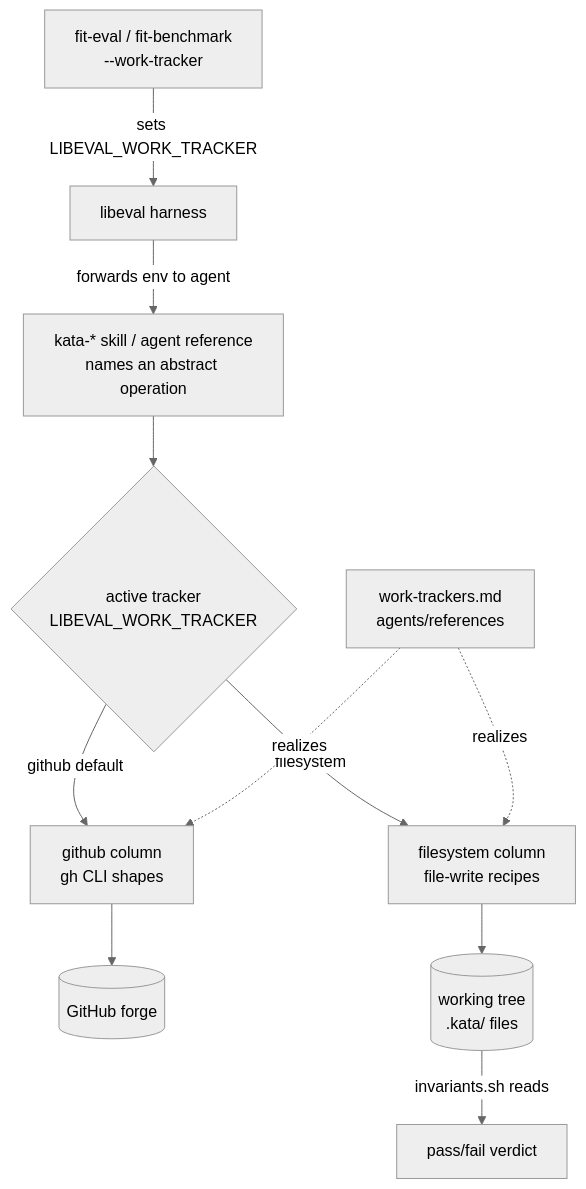
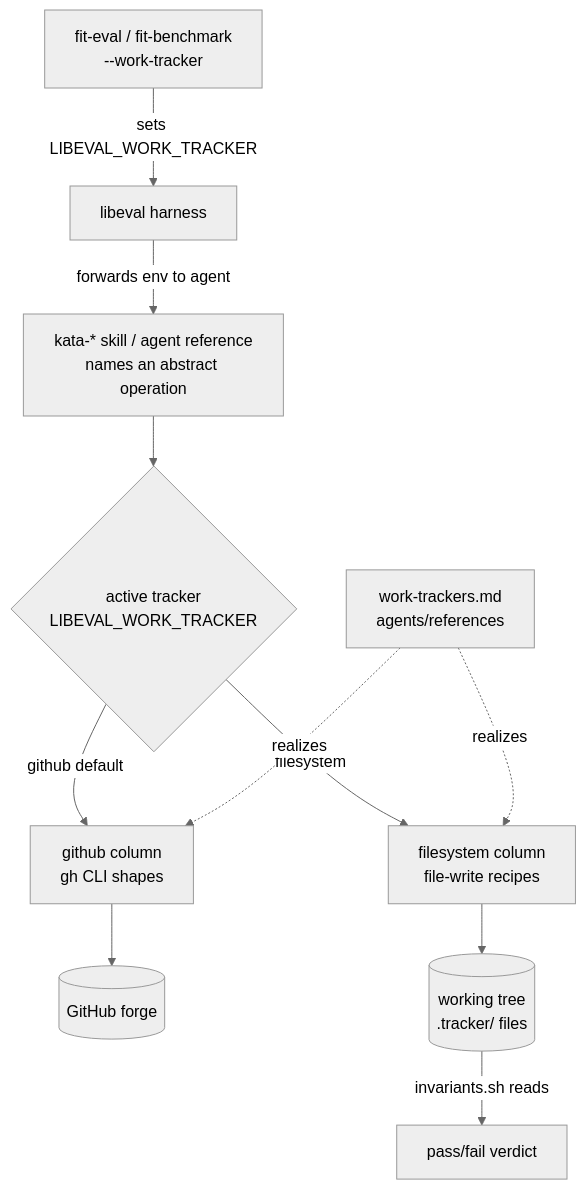
Before and after one commit to forwardimpact/monorepo: the diagram in specs/2090-work-item-provider-abstraction/design-b.md, drawn with Mermaid (neutral theme). The commit also changed other lines of this file and 7 other files, not shown here.

````diff
--- a/specs/2090-work-item-provider-abstraction/design-b.md
+++ b/specs/2090-work-item-provider-abstraction/design-b.md
@@ -56,13 +56,13 @@
 ```mermaid
 flowchart TD
   CLI["fit-eval / fit-benchmark<br/>--work-tracker"] -->|sets LIBEVAL_WORK_TRACKER| HARNESS[libeval harness]
   HARNESS -->|forwards env to agent| S[kata-* skill / agent reference<br/>names an abstract operation]
   S --> SEL{active tracker<br/>LIBEVAL_WORK_TRACKER}
   SEL -->|github default| GH[github column<br/>gh CLI shapes]
   SEL -->|filesystem| FS[filesystem column<br/>file-write recipes]
   GH --> FORGE[(GitHub forge)]
-  FS --> TREE[(working tree<br/>.kata/ files)]
+  FS --> TREE[(working tree<br/>.tracker/ files)]
   MATRIX[work-trackers.md<br/>agents/references] -.realizes.-> GH
   MATRIX -.realizes.-> FS
   TREE -->|invariants.sh reads| VERDICT[pass/fail verdict]
 ```
````
